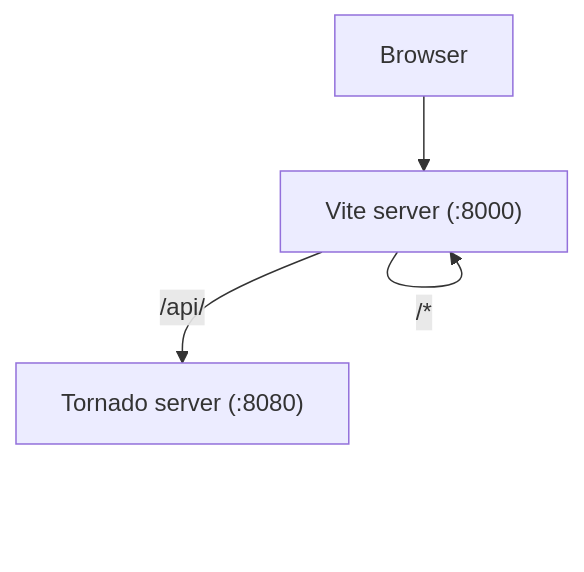
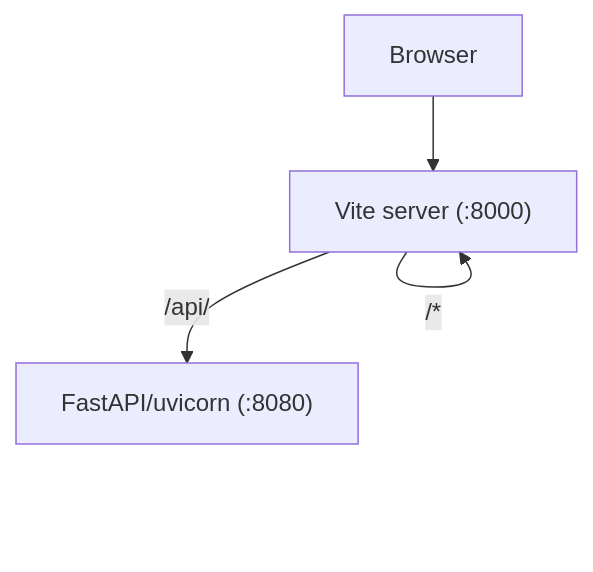
One commit to ymyzk/mypy-playground changed the first of 2 diagrams in app/README.md. Above: the diagram before and after it, drawn with Mermaid. The commit also changed other lines of this file and 1 other file, not shown here.

Commit message:
Replace outdated Tornado references with FastAPI in README files

````diff
--- a/app/README.md
+++ b/app/README.md
@@ -6,9 +6,9 @@
 ```mermaid
 graph TD
     Vite["Vite server (:8000)"]
-    Tornado["Tornado server (:8080)"]
+    FastAPI["FastAPI/uvicorn (:8080)"]
 
     Browser --> Vite
-    Vite -->|/api/| Tornado
+    Vite -->|/api/| FastAPI
     Vite -->|/*| Vite
 ```
````
